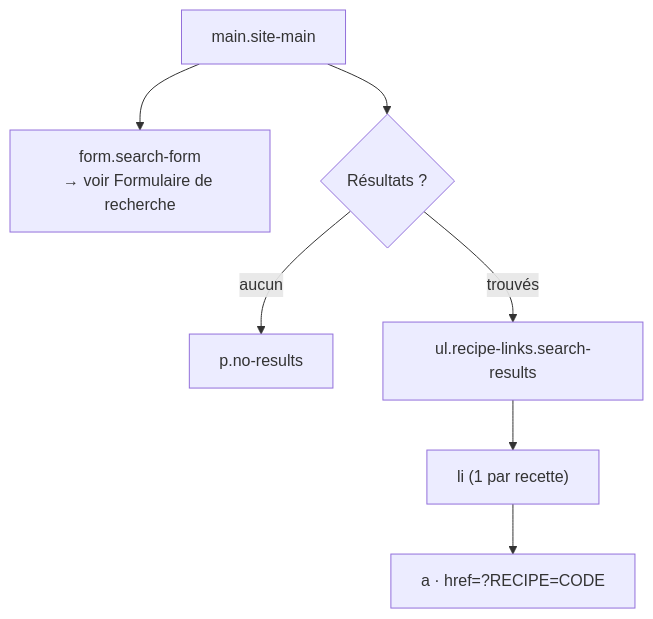
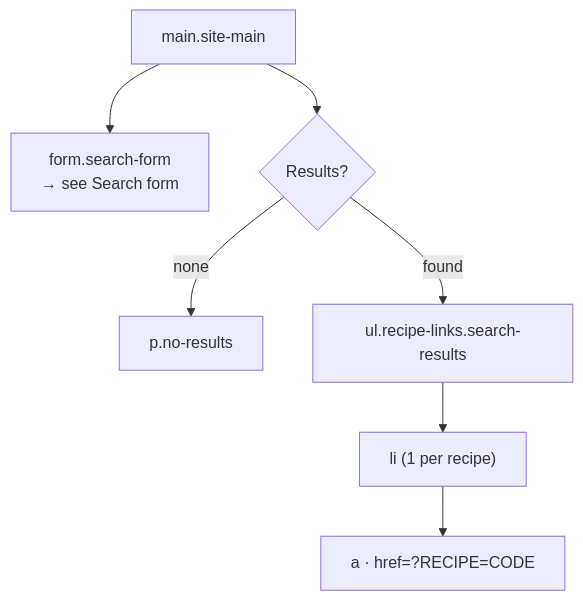
One commit to ppoilbarbe/PBRecipe changed the third of 5 diagrams in MAIN_DOM.md. Above: the diagram before and after it, drawn with Mermaid. The commit also changed other lines of this file and 8 other files, not shown here.

````diff
--- a/MAIN_DOM.md
+++ b/MAIN_DOM.md
@@ -73,13 +73,13 @@
 ```mermaid
 graph TD
     main["main.site-main"]
 
-    main --> form["form.search-form\n→ voir Formulaire de recherche"]
-    main --> results{"Résultats ?"}
+    main --> form["form.search-form\n→ see Search form"]
+    main --> results{"Results?"}
 
-    results -- "aucun" --> nores["p.no-results"]
-    results -- "trouvés" --> ul["ul.recipe-links.search-results"]
+    results -- "none" --> nores["p.no-results"]
+    results -- "found" --> ul["ul.recipe-links.search-results"]
 
-    ul --> li["li (1 par recette)"]
+    ul --> li["li (1 per recipe)"]
     li --> a["a · href=?RECIPE=CODE"]
 ```
````
